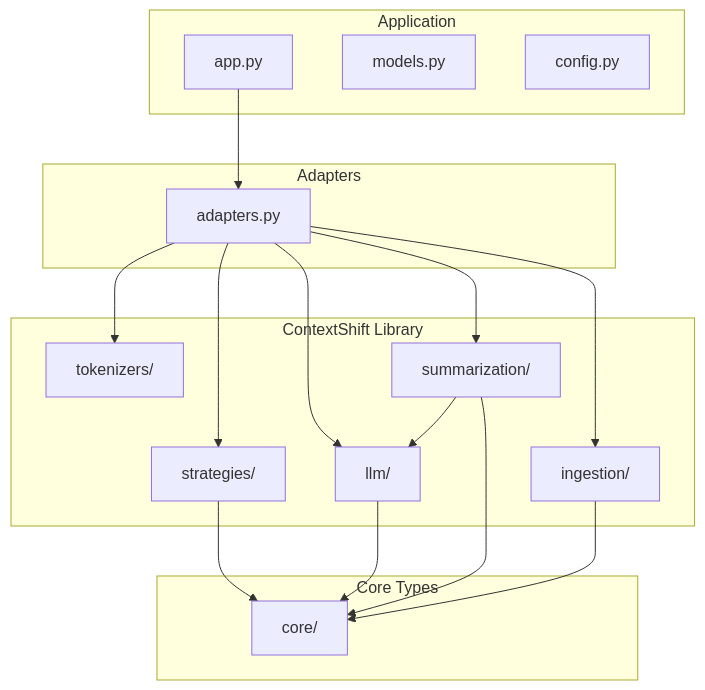
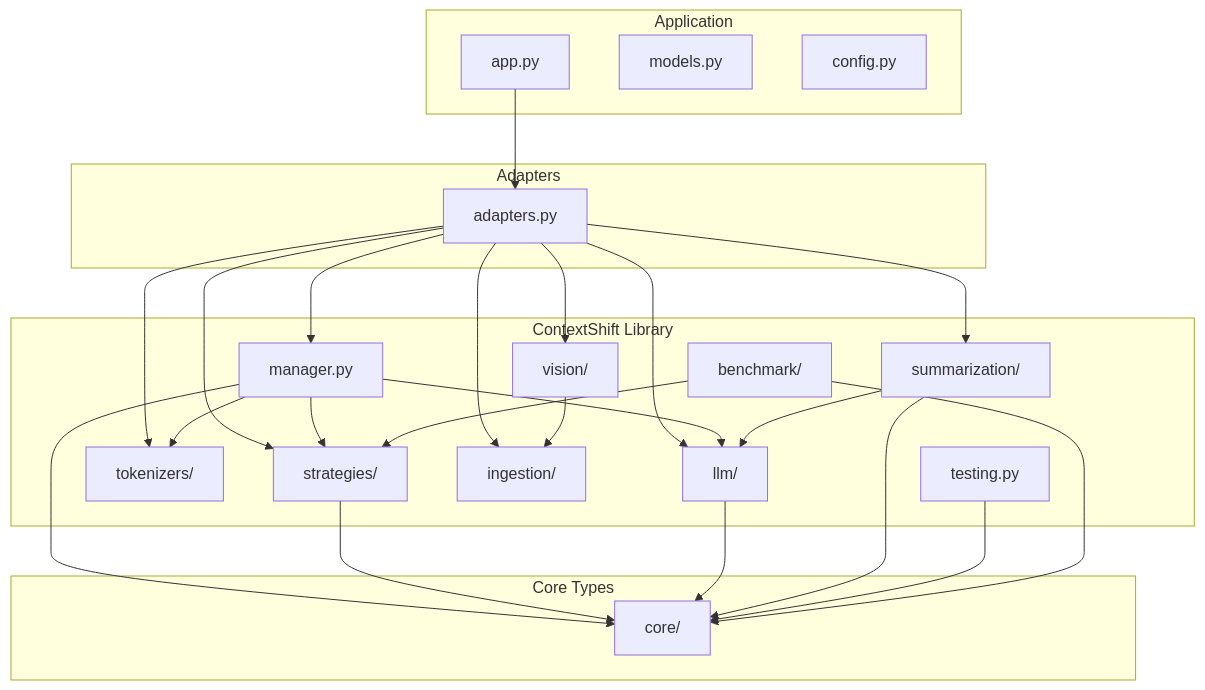
One commit to Vijay6923/ContextShift changed the diagram in docs/diagrams/layer-diagram.mmd. Above: the diagram before and after it, drawn with Mermaid. The commit also changed 11 other files, not shown here.

```diff
--- a/docs/diagrams/layer-diagram.mmd
+++ b/docs/diagrams/layer-diagram.mmd
@@ -1,46 +1,63 @@
 %% ContextShift layer diagram: current architecture.
 %% See docs/architecture.md for the accompanying explanation of each
 %% layer and the dependency rules this diagram encodes.
 
 graph TD
     subgraph Application
         App1["app.py"]
         App2["models.py"]
         App3["config.py"]
     end
 
     subgraph Adapters
         Adapter["adapters.py"]
     end
 
     subgraph Library["ContextShift Library"]
+        Manager["manager.py"]
         Strategies["strategies/"]
         Tokenizers["tokenizers/"]
         LLM["llm/"]
+        Vision["vision/"]
         Summarization["summarization/"]
         Ingestion["ingestion/"]
+        Testing["testing.py"]
+        Benchmark["benchmark/"]
     end
 
     subgraph Core["Core Types"]
         CoreTypes["core/"]
     end
 
     App1 --> Adapter
+    Adapter --> Manager
     Adapter --> Strategies
     Adapter --> Tokenizers
     Adapter --> LLM
+    Adapter --> Vision
     Adapter --> Summarization
     Adapter --> Ingestion
+
+    Manager --> Strategies
+    Manager --> Tokenizers
+    Manager --> LLM
+    Manager --> CoreTypes
 
     Strategies --> CoreTypes
     LLM --> CoreTypes
     Summarization --> CoreTypes
-    Ingestion --> CoreTypes
-
     Summarization --> LLM
+    Vision --> Ingestion
+    Testing --> CoreTypes
+    Benchmark --> Strategies
+    Benchmark --> CoreTypes
 
     %% Tokenizers has no dependency on CoreTypes or anything else in the
     %% package -- token estimation operates on a plain string, not a
     %% Message. Strategies has no dependency on Tokenizers -- strategies
     %% trust a precomputed token count rather than measuring text
-    %% themselves. Both omissions are intentional, not missing edges.
+    %% themselves. Ingestion has no dependency on anything in the package
+    %% -- pure functions over raw bytes. Vision depends on Ingestion's
+    %% output, never the reverse, and has no dependency on CoreTypes --
+    %% a vision call takes bytes and a prompt, not a Message history.
+    %% All omissions are intentional, not missing edges.
```
